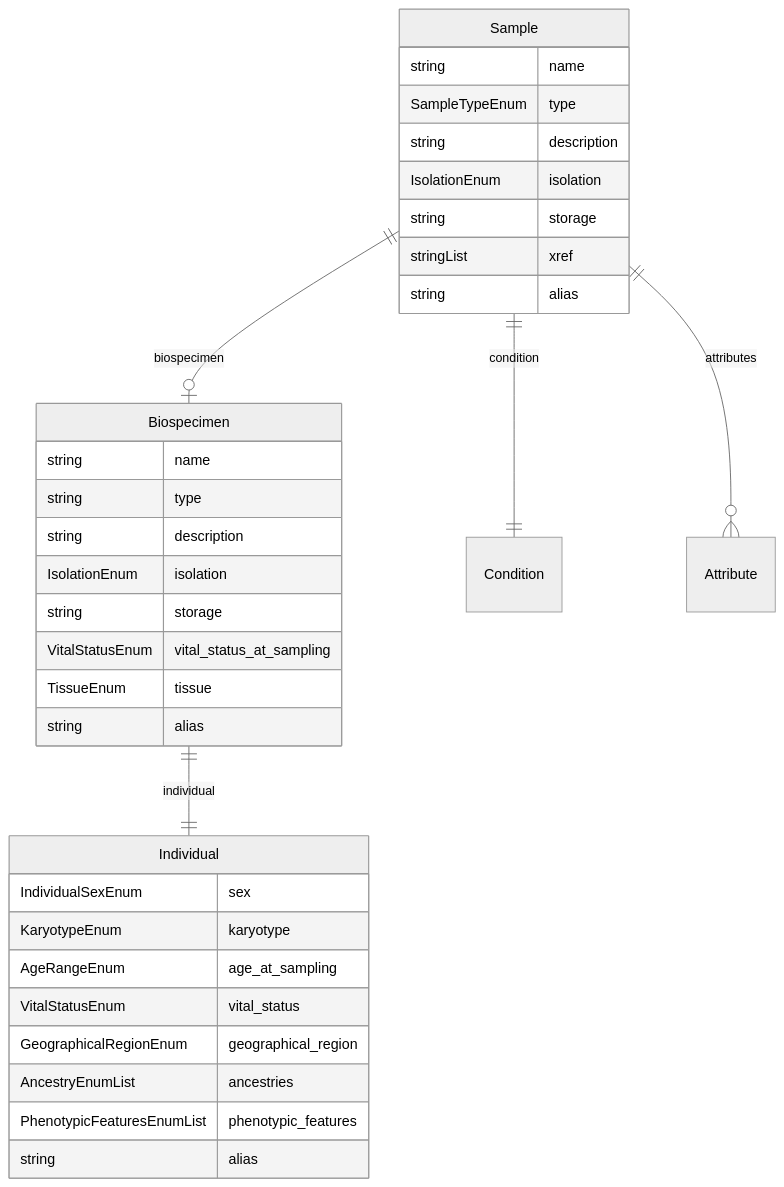
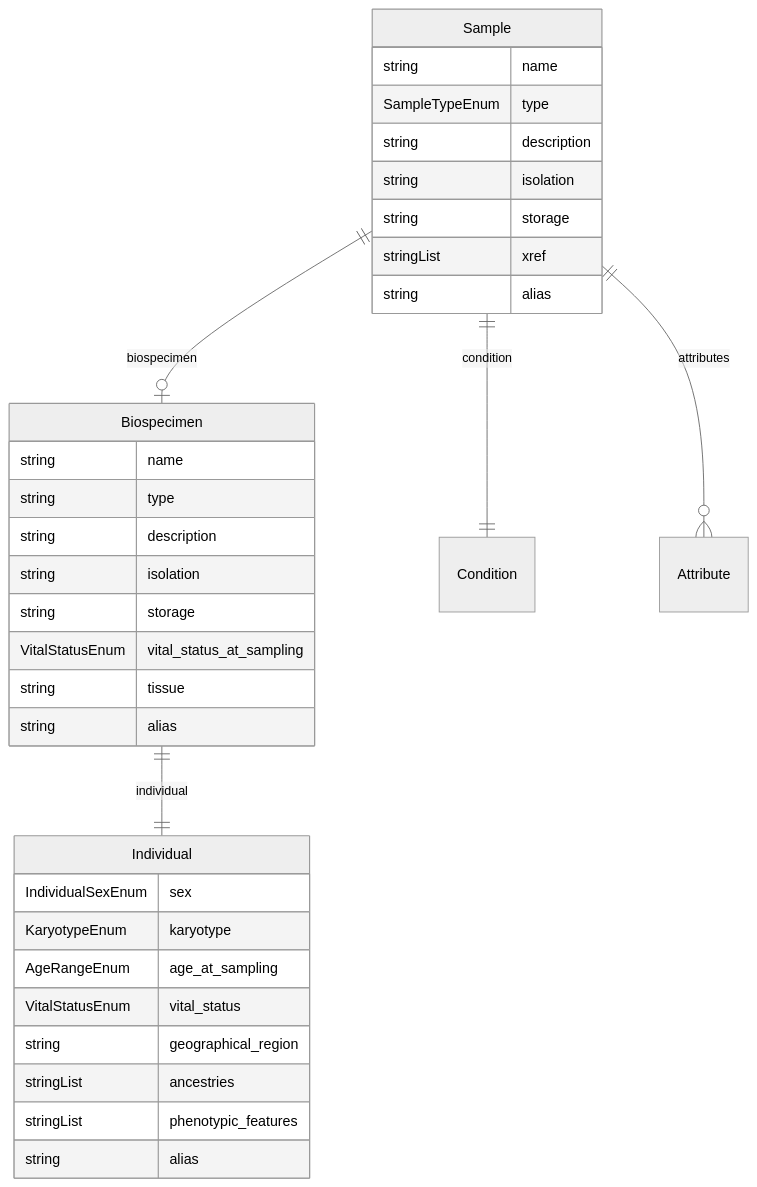
Before and after one commit to ghga-de/ghga-metadata-schema: the fifth of 7 diagrams in docs/entity_relations.md, drawn with Mermaid (neutral theme). The commit also changed other lines of this file and 45 other files, not shown here.

````diff
--- a/docs/entity_relations.md
+++ b/docs/entity_relations.md
@@ -224,38 +224,38 @@
 ```mermaid
 erDiagram
 Individual {
     IndividualSexEnum sex  
     KaryotypeEnum karyotype  
     AgeRangeEnum age_at_sampling  
     VitalStatusEnum vital_status  
-    GeographicalRegionEnum geographical_region  
-    AncestryEnumList ancestries  
-    PhenotypicFeaturesEnumList phenotypic_features  
+    string geographical_region  
+    stringList ancestries  
+    stringList phenotypic_features  
     string alias  
 }
 Biospecimen {
     string name  
     string type  
     string description  
-    IsolationEnum isolation  
+    string isolation  
     string storage  
     VitalStatusEnum vital_status_at_sampling  
-    TissueEnum tissue  
+    string tissue  
     string alias  
 }
 Sample {
     string name  
     SampleTypeEnum type  
     string description  
-    IsolationEnum isolation  
+    string isolation  
     string storage  
     stringList xref  
     string alias  
 }
 
 Biospecimen ||--|| Individual : "individual"
 Sample ||--|o Biospecimen : "biospecimen"
 Sample ||--|| Condition : "condition"
 Sample ||--}o Attribute : "attributes"
 
 ```
````
